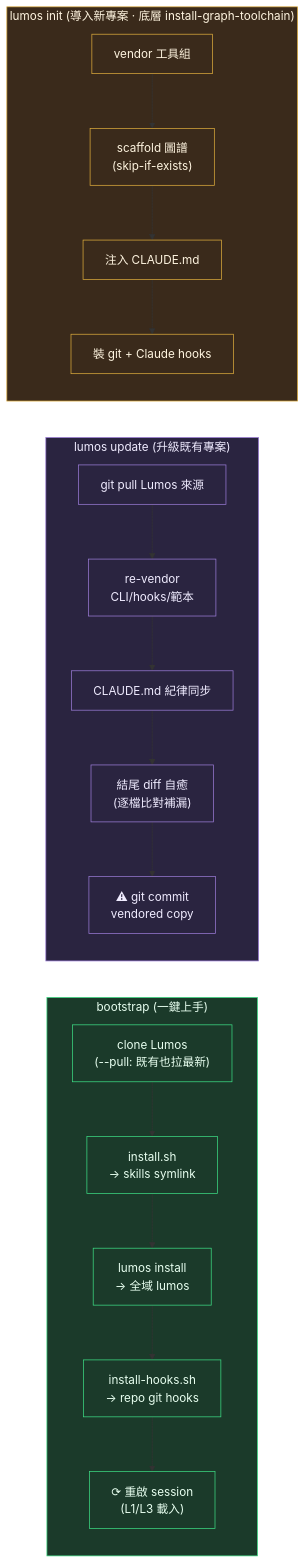
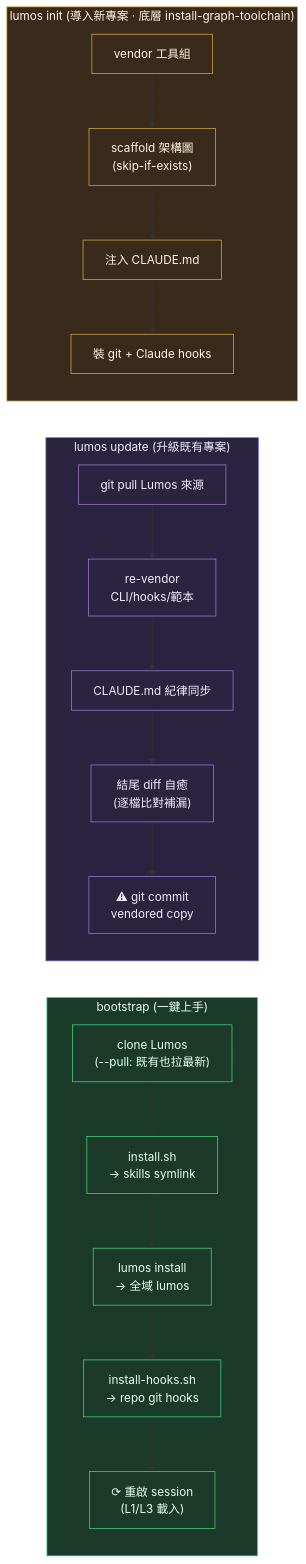
The second of 4 diagrams in ARCHITECTURE.md (citrus-android-developer/Citrus_Lumos_Full), drawn with Mermaid before and after one commit. The commit also changed other lines of this file and 357 other files, not shown here.

First line of the commit message:
refactor(naming): 全 repo 術語「圖譜」統一改為「架構圖」——349 檔 2456 處內容 + 9 個檔名/目錄名

````diff
--- a/ARCHITECTURE.md
+++ b/ARCHITECTURE.md
@@ -64,32 +64,32 @@
 ```mermaid
 flowchart LR
     subgraph BOOT["bootstrap (一鍵上手)"]
         direction TB
         B1["clone Lumos<br/>(--pull: 既有也拉最新)"] --> B2["install.sh<br/>→ skills symlink"]
         B2 --> B3["lumos install<br/>→ 全域 lumos"]
         B3 --> B4["install-hooks.sh<br/>→ repo git hooks"]
         B4 --> B5["⟳ 重啟 session<br/>(L1/L3 載入)"]
     end
 
     subgraph UPD["lumos update (升級既有專案)"]
         direction TB
         U1["git pull Lumos 來源"] --> U2["re-vendor<br/>CLI/hooks/範本"]
         U2 --> U3["CLAUDE.md 紀律同步"]
         U3 --> U4["結尾 diff 自癒<br/>(逐檔比對補漏)"]
         U4 --> U5["⚠ git commit<br/>vendored copy"]
     end
 
     subgraph NEW["lumos init (導入新專案 · 底層 install-graph-toolchain)"]
         direction TB
-        N1["vendor 工具組"] --> N2["scaffold 圖譜<br/>(skip-if-exists)"]
+        N1["vendor 工具組"] --> N2["scaffold 架構圖<br/>(skip-if-exists)"]
         N2 --> N3["注入 CLAUDE.md"]
         N3 --> N4["裝 git + Claude hooks"]
     end
 
     classDef boot fill:#1b3a2a,stroke:#3ddc84,color:#e8fff0
     classDef upd fill:#2a2440,stroke:#9a7bd6,color:#f0ecff
     classDef new fill:#3a2a1b,stroke:#dcab3d,color:#fff5e0
     class BOOT,B1,B2,B3,B4,B5 boot
     class UPD,U1,U2,U3,U4,U5 upd
     class NEW,N1,N2,N3,N4 new
 ```
````
